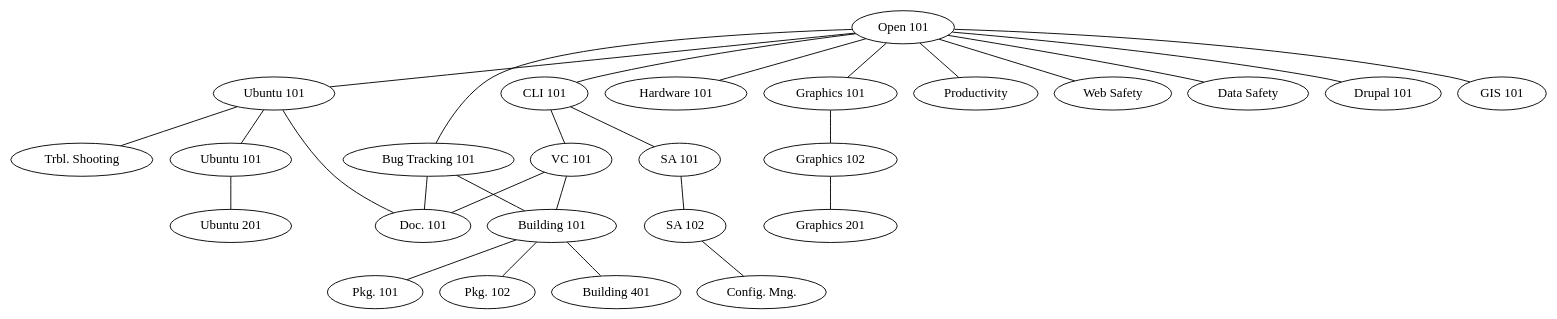
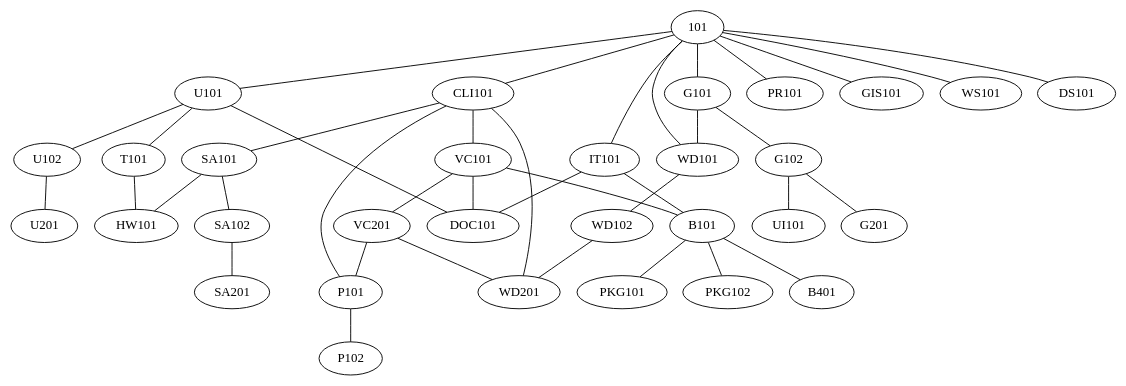
The diagram in curriculum.dot (open-it-lab/ol-curriculum), drawn with Graphviz before and after one commit. The commit also changed 8 other files, not shown here.

Commit message:
new tracks and full build system with basic graphviz preprocessor

```diff
--- a/curriculum.dot
+++ b/curriculum.dot
@@ -1,67 +1,59 @@
 graph g {
 	// edge [len=1.5];
 	// node [shape=rectangle];
 	
-	101    [label="Open 101"];
-	U101   [label="Ubuntu 101"];
-	U102   [label="Ubuntu 101"];
-	U201   [label="Ubuntu 201"];
-	VC101  [label="VC 101"];
-	IT101  [label="Bug Tracking 101"];
-	B101   [label="Building 101"];
-	B401   [label="Building 401"];
-	P101   [label="Pkg. 101"]; //Debian
-	P102   [label="Pkg. 102"]; //Red Hat
-	DOC101 [label="Doc. 101"];
-	CLI101 [label="CLI 101"];
-	HW101  [label="Hardware 101"]; // Arduino
-	G101   [label="Graphics 101"]; // Inkscape
-	G102   [label="Graphics 102"]; // GIMP
-	G201   [label="Graphics 201"]; // Blender
-	PR101  [label="Productivity"];
-	WS101  [label="Web Safety"];
-	DS101  [label="Data Safety"];
-	T101   [label="Trbl. Shooting"];
-	WD101  [label="Drupal 101"];
-	GIS101 [label="GIS 101"];
-	SA101  [label="SA 101"];
-	SA102  [label="SA 102"];
-	SA201  [label="Config. Mng."];
+	# nodes.doth
 		
 	101 -- U101;
 	101 -- PR101;
 	101 -- CLI101;
-	101 -- HW101;
+	// Probably should reconsider where this goes
+	// 101 -- HW101;
 	101 -- G101;
 	101 -- WD101;
 	101 -- GIS101;
 	101 -- IT101;
 	101 -- WS101;
 	101 -- DS101;
+
+	WD101 -- WD102;
+	WD102 -- WD201;
+
+	CLI101 -- WD201;
 	
 	CLI101 -- VC101;
 	CLI101 -- SA101;
+
+	CLI101 -- P101;
+	P101 -- P102;
 
 	U101 -- U102;
 	U102 -- U201;
 	U101 -- T101;
 
 	G101 -- G102;
+	G101 -- WD101;
 	G102 -- G201;
+	G102 -- UI101;
 
 	SA101 -- SA102;
 	SA102 -- SA201;
 
+	SA101 -- HW101;
+	T101 -- HW101;
+	
 	VC101 -- B101;
+	VC101 -- VC201;
+	VC201 -- P101;
+	VC201 -- WD201;
 
 	U101 -- DOC101;
 	VC101 -- DOC101;
 	IT101 -- DOC101;
 
 	IT101 -- B101;
 	
-	B101 -- P101;
-	B101 -- P102;
-	B101 -- B401;
-	
+	B101 -- PKG101;
+	B101 -- PKG102;
+	B101 -- B401;	
 }
```
